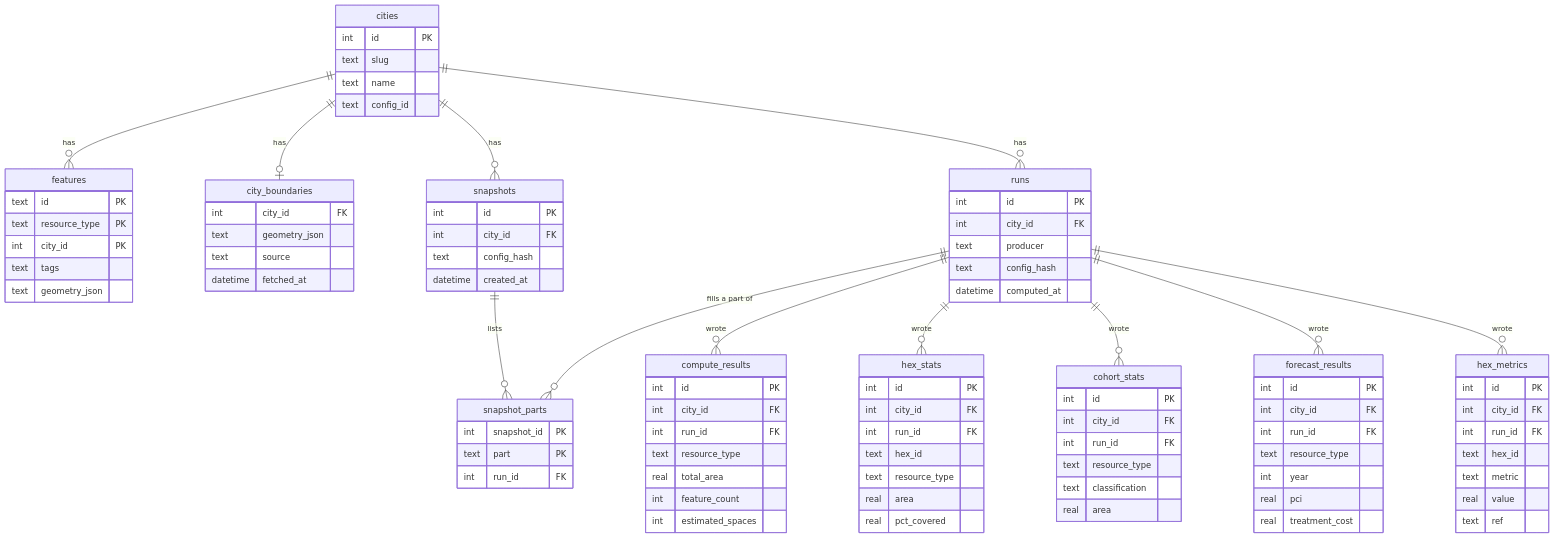
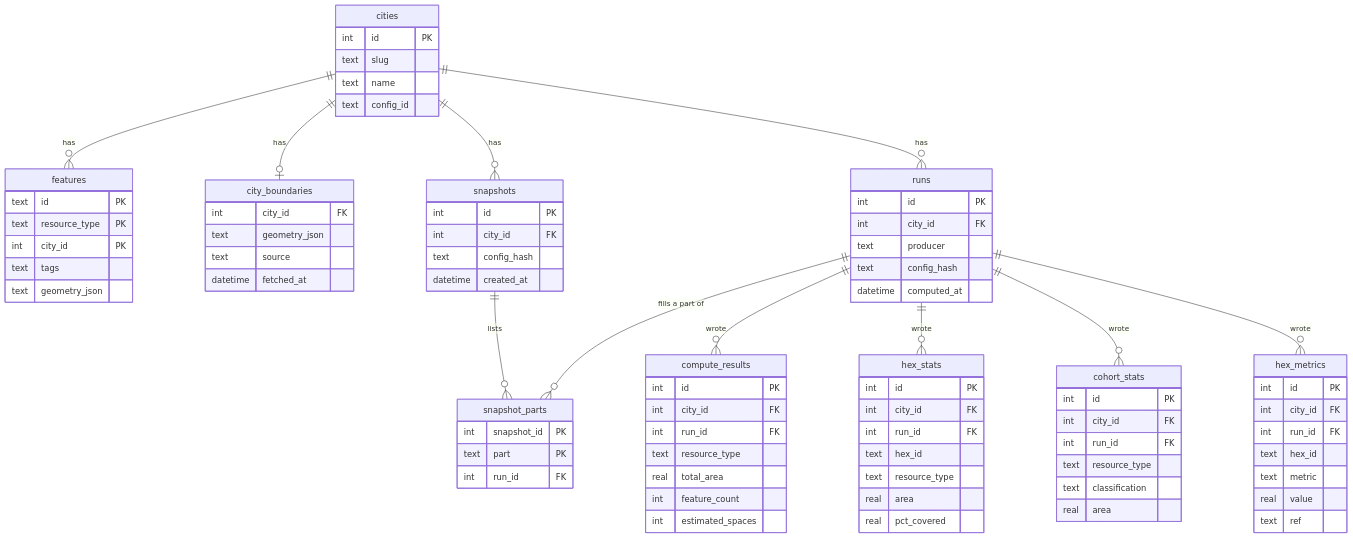
Before and after one commit to jcrussell/solvent-streets: the fourth of 4 diagrams in docs/architecture.md, drawn with Mermaid. The commit also changed other lines of this file and 5 other files, not shown here.

```diff
--- a/docs/architecture.md
+++ b/docs/architecture.md
@@ -110,7 +110,6 @@
     runs ||--o{ compute_results : wrote
     runs ||--o{ hex_stats : wrote
     runs ||--o{ cohort_stats : wrote
-    runs ||--o{ forecast_results : wrote
     runs ||--o{ hex_metrics : wrote
 
     cities {
@@ -120,9 +119,9 @@
         text config_id
     }
     %% Unique key is the composite (slug, config_id), not slug alone.
-    %% A city pulled in via [[include]] carries its SOURCE config's id (and
-    %% snapshot hash), so a union config resolves to the declaring example's
-    %% row rather than minting one of its own. See docs/configuration.md
+    %% A city pulled in via [[include]] carries its SOURCE config's id, so a
+    %% union config resolves to the declaring example's row rather than
+    %% minting one of its own. See docs/configuration.md
     %% "Config identity".
     city_boundaries {
         int city_id FK
@@ -173,15 +172,6 @@
         real area
         real pct_covered
     }
-    forecast_results {
-        int id PK
-        int city_id FK
-        int run_id FK
-        text resource_type
-        int year
-        real pci
-        real treatment_cost
-    }
     cohort_stats {
         int id PK
         int city_id FK
```
